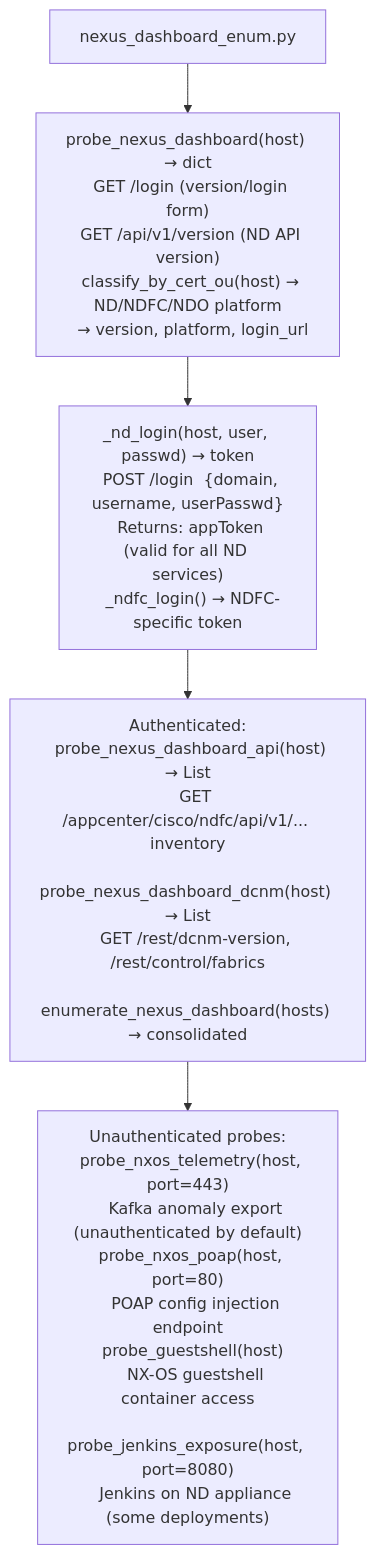
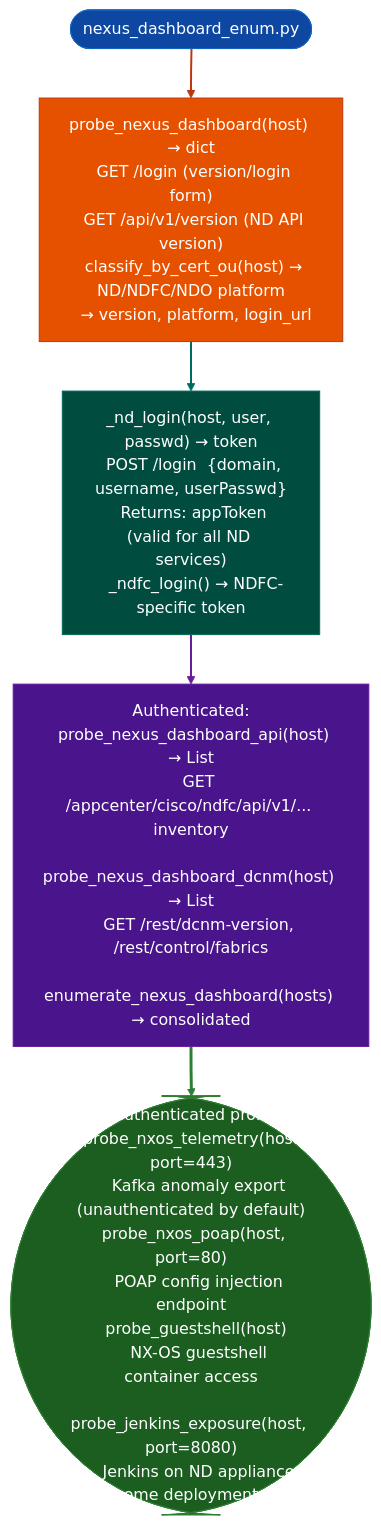
The diagram in docs/reference-modules/nexus-dashboard.md (Ablation-Tool/ablation), drawn with Mermaid before and after one commit. The commit also changed 320 other files, not shown here.

First line of the commit message:
docs: apply canonical Mermaid template to all 321 diagrams

````diff
--- a/docs/reference-modules/nexus-dashboard.md
+++ b/docs/reference-modules/nexus-dashboard.md
@@ -19,7 +19,17 @@
 ```mermaid
 flowchart TD
-    A["nexus_dashboard_enum.py"] --> B["probe_nexus_dashboard(host) → dict\n  GET /login (version/login form)\n  GET /api/v1/version (ND API version)\n  classify_by_cert_ou(host) → ND/NDFC/NDO platform\n  → version, platform, login_url"]
-    B --> C["_nd_login(host, user, passwd) → token\n  POST /login  {domain, username, userPasswd}\n  Returns: appToken (valid for all ND services)\n  _ndfc_login() → NDFC-specific token"]
-    C --> D["Authenticated:\n  probe_nexus_dashboard_api(host) → List\n    GET /appcenter/cisco/ndfc/api/v1/... inventory\n  probe_nexus_dashboard_dcnm(host) → List\n    GET /rest/dcnm-version, /rest/control/fabrics\n  enumerate_nexus_dashboard(hosts) → consolidated"]
-    D --> E["Unauthenticated probes:\n  probe_nxos_telemetry(host, port=443)\n    Kafka anomaly export (unauthenticated by default)\n  probe_nxos_poap(host, port=80)\n    POAP config injection endpoint\n  probe_guestshell(host)\n    NX-OS guestshell container access\n  probe_jenkins_exposure(host, port=8080)\n    Jenkins on ND appliance (some deployments)"]
+    A(["nexus_dashboard_enum.py"]):::input --> B["probe_nexus_dashboard(host) → dict\n  GET /login (version/login form)\n  GET /api/v1/version (ND API version)\n  classify_by_cert_ou(host) → ND/NDFC/NDO platform\n  → version, platform, login_url"]:::primary
+    B:::primary --> C["_nd_login(host, user, passwd) → token\n  POST /login  {domain, username, userPasswd}\n  Returns: appToken (valid for all ND services)\n  _ndfc_login() → NDFC-specific token"]:::secondary
+    C:::secondary --> D["Authenticated:\n  probe_nexus_dashboard_api(host) → List\n    GET /appcenter/cisco/ndfc/api/v1/... inventory\n  probe_nexus_dashboard_dcnm(host) → List\n    GET /rest/dcnm-version, /rest/control/fabrics\n  enumerate_nexus_dashboard(hosts) → consolidated"]:::tertiary
+    D:::tertiary --> E(["Unauthenticated probes:\n  probe_nxos_telemetry(host, port=443)\n    Kafka anomaly export (unauthenticated by default)\n  probe_nxos_poap(host, port=80)\n    POAP config injection endpoint\n  probe_guestshell(host)\n    NX-OS guestshell container access\n  probe_jenkins_exposure(host, port=8080)\n    Jenkins on ND appliance (some deployments)"]):::output
+    classDef input     fill:#0d47a1,stroke:#1565c0,color:#fff
+    classDef primary   fill:#e65100,stroke:#bf360c,color:#fff
+    classDef secondary fill:#004d40,stroke:#00695c,color:#fff
+    classDef tertiary  fill:#4a148c,stroke:#6a1b9a,color:#fff
+    classDef neutral   fill:#37474f,stroke:#546e7a,color:#fff
+    classDef output    fill:#1b5e20,stroke:#2e7d32,color:#fff
+    linkStyle 0 stroke:#bf360c,stroke-width:2px
+    linkStyle 1 stroke:#00695c,stroke-width:2px
+    linkStyle 2 stroke:#6a1b9a,stroke-width:2px
+    linkStyle 3 stroke:#2e7d32,stroke-width:3px
 ```
````
